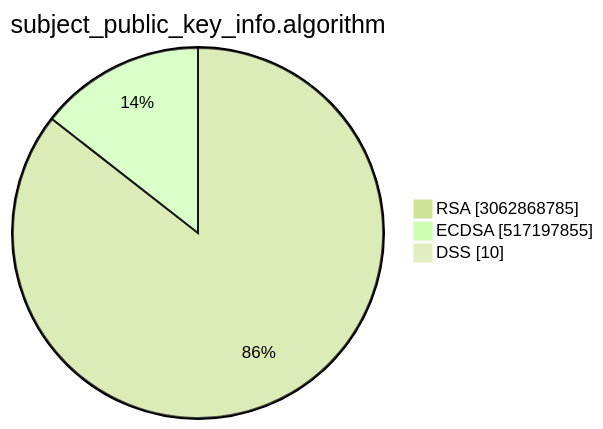
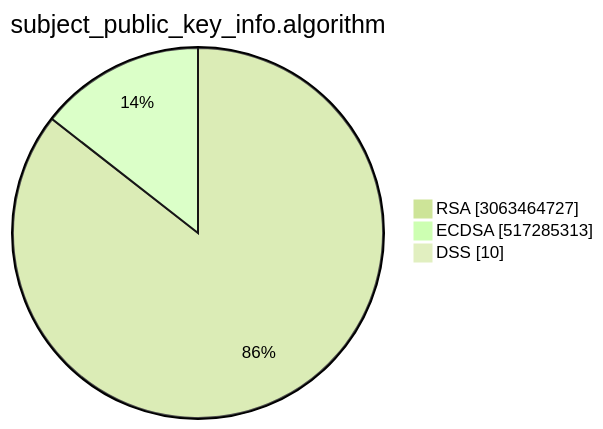
One commit to christiankrug/ctmonitor_visualization changed the second of 15 diagrams in TOTAL/README.md. Above: the diagram before and after it, drawn with Mermaid (forest theme). The commit also changed other lines of this file, not shown here.

````diff
--- a/TOTAL/README.md
+++ b/TOTAL/README.md
@@ -6,7 +6,7 @@
 ```mermaid
 pie showData
 title subject_public_key_info.algorithm
-"RSA" :3062868785
-"ECDSA" :517197855
+"RSA" :3063464727
+"ECDSA" :517285313
 "DSS" :10
 ```
````
